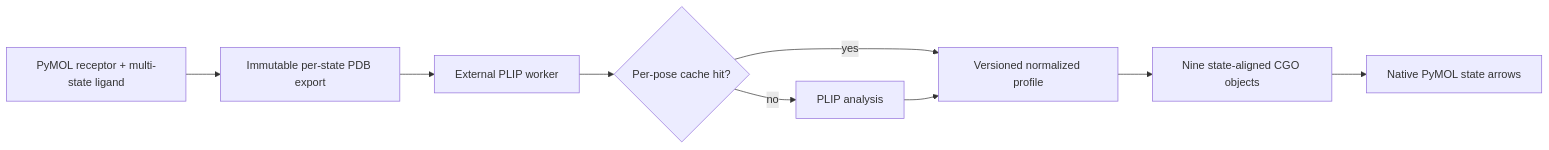
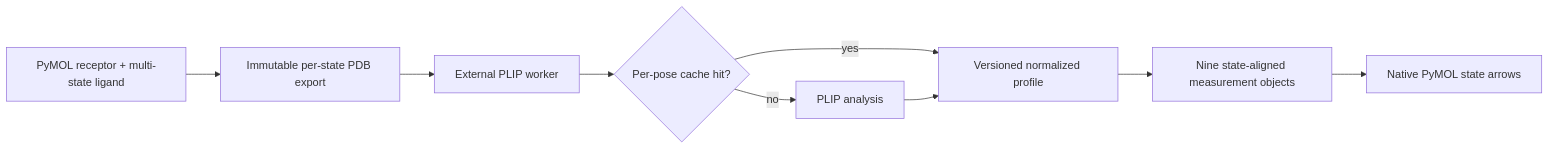
Before and after one commit to DKchemistry/pymol-plip-pose-inspector: the diagram in docs/ARCHITECTURE.md, drawn with Mermaid. The commit also changed other lines of this file and 11 other files, not shown here.

````diff
--- a/docs/ARCHITECTURE.md
+++ b/docs/ARCHITECTURE.md
@@ -15,11 +15,11 @@
 ```mermaid
 flowchart LR
     A["PyMOL receptor + multi-state ligand"] --> B["Immutable per-state PDB export"]
     B --> C["External PLIP worker"]
     C --> D{"Per-pose cache hit?"}
     D -->|yes| E["Versioned normalized profile"]
     D -->|no| F["PLIP analysis"]
     F --> E
-    E --> G["Nine state-aligned CGO objects"]
+    E --> G["Nine state-aligned measurement objects"]
     G --> H["Native PyMOL state arrows"]
 ```
````
